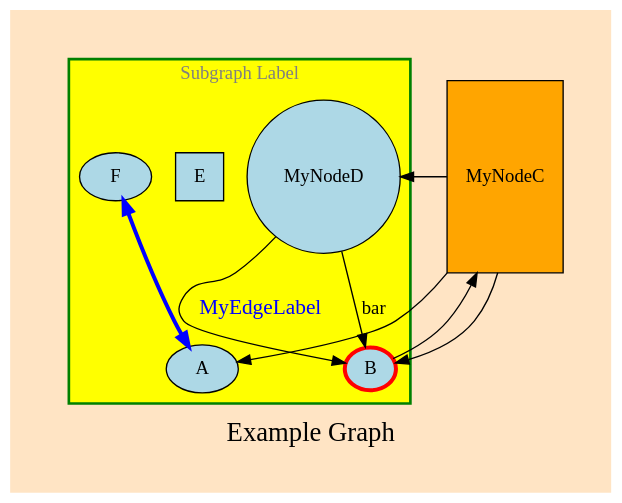
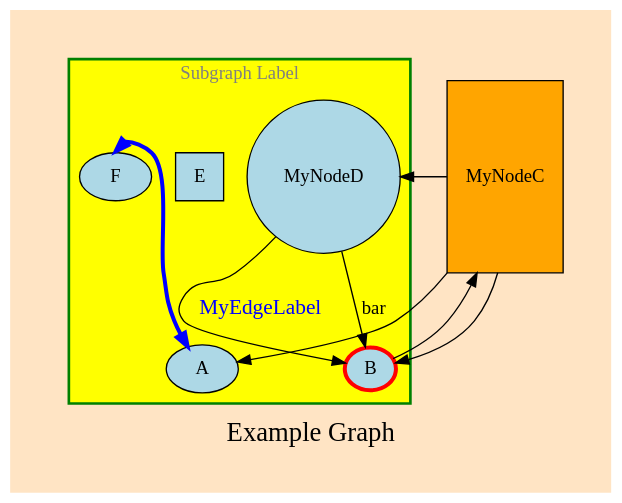
One commit to jjermann/sharpgraph changed the diagram in UnitTests/TestExamples/example.dot. Above: the diagram before and after it, drawn with Graphviz. The commit also changed 11 other files, not shown here.

```diff
--- a/UnitTests/TestExamples/example.dot
+++ b/UnitTests/TestExamples/example.dot
@@ -1,25 +1,25 @@
 digraph {
   bgcolor="bisque"
   pad="0.5,0.4"
   label="Example Graph"
   fontsize=20
   node [style=filled, fillcolor="lightblue"]
   A
   B->C->{
     A; D; {
 	  A; B [width=0.3, height=0.3, penwidth=3, color=red]
 	}
   }
   C [label="MyNodeC", shape="rect", fillcolor=orange, width=1, height=2]
   D->B [label="MyEdgeLabel", fontcolor="blue", fontsize=16]
   D [label="MyNodeD", shape="circle"];
   subgraph cluster0 {
     graph [bgcolor="yellow", pencolor="green", penwidth=2]
 	label="Subgraph Label"
 	fontsize=14
 	fontcolor=gray
     E [shape="square"]
-	F->A [penwidth=3, color="blue", dir=both]
+	F:n->A [penwidth=3, color="blue", dir=both]
 	D->B [label="bar"]
   }
 }
```
